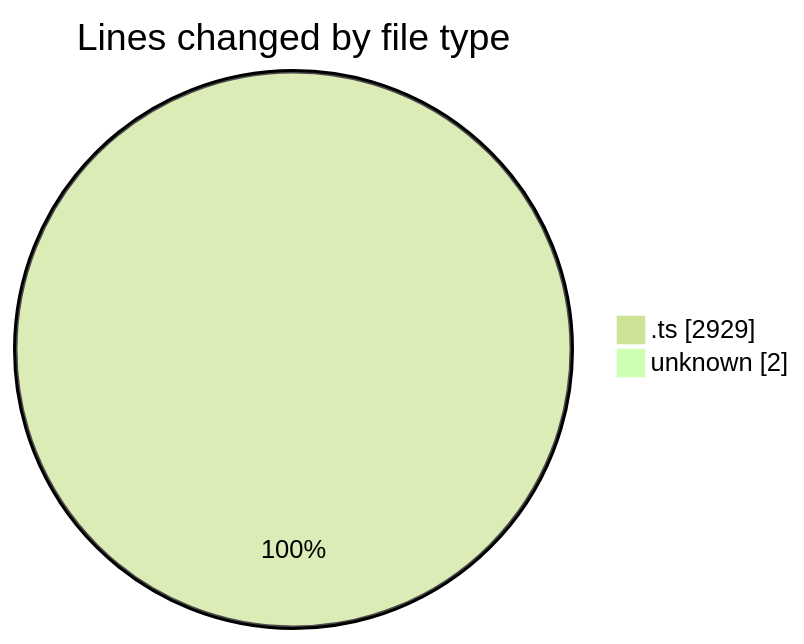
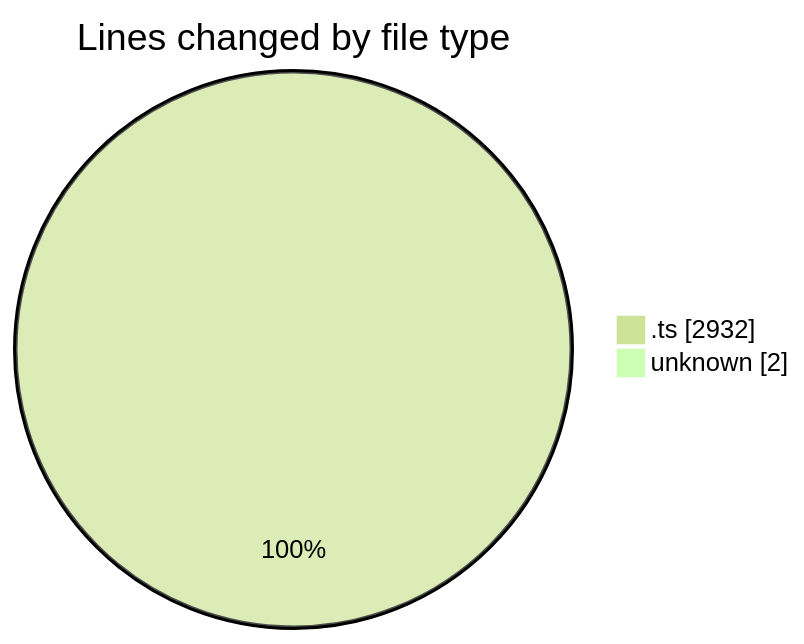
Before and after one commit to momahboobian/code-tracking: the first of 2 diagrams in 2025-08-07/cda/README.md, drawn with Mermaid (forest theme). The commit also changed other lines of this file and 1 other file, not shown here.

````diff
--- a/2025-08-07/cda/README.md
+++ b/2025-08-07/cda/README.md
@@ -24,6 +24,6 @@
 ```mermaid
 pie showData
 title Lines changed by file type
-".ts" : 2929
+".ts" : 2932
 "unknown" : 2
 ```
````
